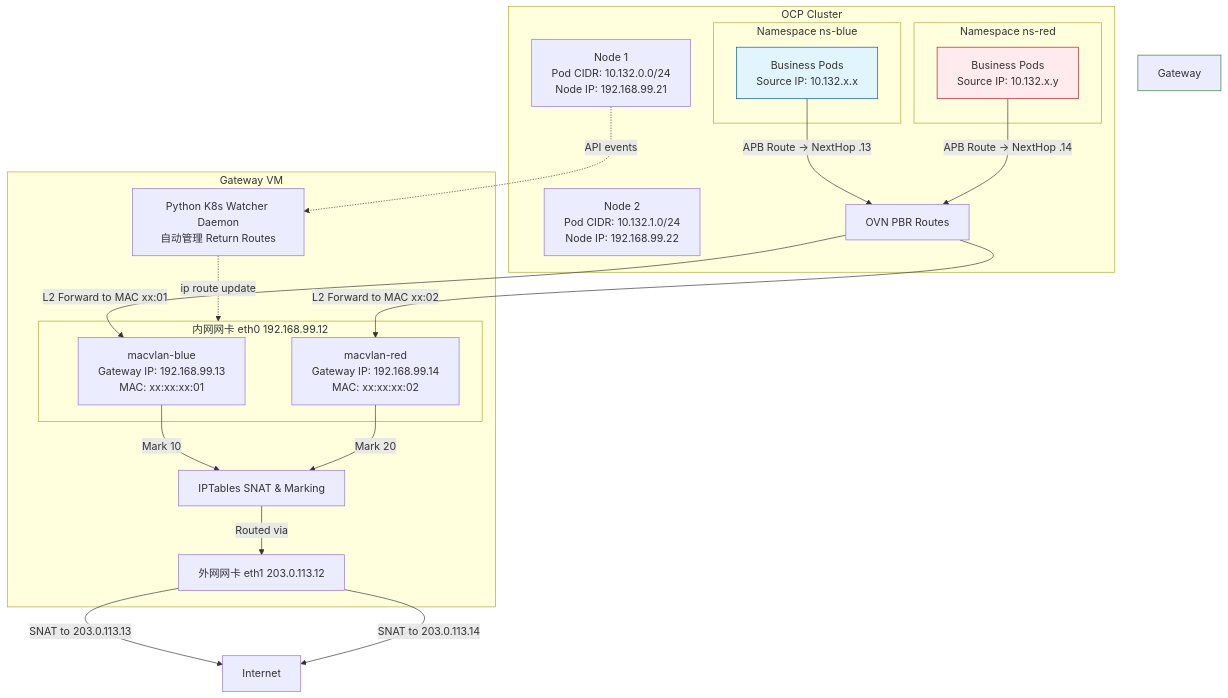
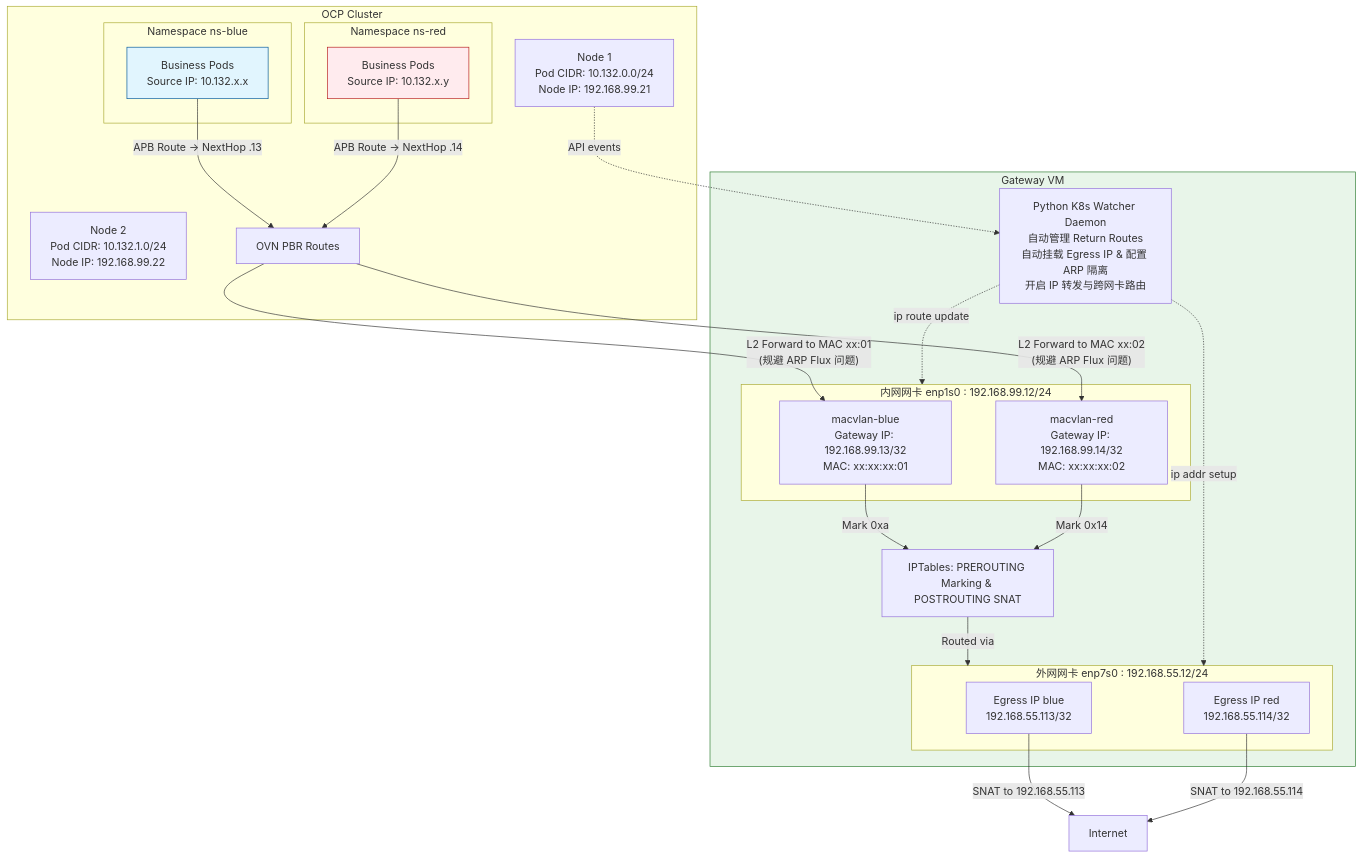
Before and after one commit to wangzheng422/docker_env: the diagram in redhat/ocp4/4.18/2026.01.ovn.egressip.vm.dev.md, drawn with Mermaid. The commit also changed other lines of this file, not shown here.

Commit message:
docs: Update OVN EgressIP VM development notes for OCP 4.18.

````diff
--- a/redhat/ocp4/4.18/2026.01.ovn.egressip.vm.dev.md
+++ b/redhat/ocp4/4.18/2026.01.ovn.egressip.vm.dev.md
@@ -23,54 +23,58 @@
 ```mermaid
 graph TD
     subgraph OCP_Cluster [OCP Cluster]
         Node1[Node 1<br/>Pod CIDR: 10.132.0.0/24<br/>Node IP: 192.168.99.21]
         Node2[Node 2<br/>Pod CIDR: 10.132.1.0/24<br/>Node IP: 192.168.99.22]
         
         subgraph ns_blue [Namespace ns-blue]
             BP_B[Business Pods<br/>Source IP: 10.132.x.x]
         end
 
         subgraph ns_red [Namespace ns-red]
             BP_R[Business Pods<br/>Source IP: 10.132.x.y]
         end
         
         Router[OVN PBR Routes]
     end
     
     subgraph External_Infrastructure [Gateway VM]
-        K8sDaemon[Python K8s Watcher Daemon<br/>自动管理 Return Routes]
+        K8sDaemon[Python K8s Watcher Daemon<br/>自动管理 Return Routes<br/>自动挂载 Egress IP & 配置 ARP 隔离<br/>开启 IP 转发与跨网卡路由]
         
-        subgraph Internal_Interface [内网网卡 eth0 192.168.99.12]
-            MAC_B[macvlan-blue<br/>Gateway IP: 192.168.99.13<br/>MAC: xx:xx:xx:01]
-            MAC_R[macvlan-red<br/>Gateway IP: 192.168.99.14<br/>MAC: xx:xx:xx:02]
+        subgraph Internal_Interface [内网网卡 enp1s0 : 192.168.99.12/24]
+            MAC_B[macvlan-blue<br/>Gateway IP: 192.168.99.13/32<br/>MAC: xx:xx:xx:01]
+            MAC_R[macvlan-red<br/>Gateway IP: 192.168.99.14/32<br/>MAC: xx:xx:xx:02]
         end
         
-        IPTables[IPTables SNAT & Marking]
+        IPTables[IPTables: PREROUTING Marking & POSTROUTING SNAT]
         
-        External_Interface[外网网卡 eth1 203.0.113.12]
+        subgraph External_Interface [外网网卡 enp7s0 : 192.168.55.12/24]
+            EIP_B[Egress IP blue<br/>192.168.55.113/32]
+            EIP_R[Egress IP red<br/>192.168.55.114/32]
+        end
         
-        MAC_B -- "Mark 10" --> IPTables
-        MAC_R -- "Mark 20" --> IPTables
+        MAC_B -- "Mark 0xa" --> IPTables
+        MAC_R -- "Mark 0x14" --> IPTables
         IPTables -- "Routed via" --> External_Interface
     end
     
     EXT[Internet]
     
     %% Traffic Flow
     BP_B -- "APB Route -> NextHop .13" --> Router
     BP_R -- "APB Route -> NextHop .14" --> Router
     
-    Router -- "L2 Forward to MAC xx:01" --> MAC_B
-    Router -- "L2 Forward to MAC xx:02" --> MAC_R
+    Router -- "L2 Forward to MAC xx:01<br/>(规避 ARP Flux 问题)" --> MAC_B
+    Router -- "L2 Forward to MAC xx:02<br/>(规避 ARP Flux 问题)" --> MAC_R
     
-    External_Interface -- "SNAT to 203.0.113.13" --> EXT
-    External_Interface -- "SNAT to 203.0.113.14" --> EXT
+    EIP_B -- "SNAT to 192.168.55.113" --> EXT
+    EIP_R -- "SNAT to 192.168.55.114" --> EXT
     
     Node1 -. "API events" .-> K8sDaemon
     K8sDaemon -. "ip route update" .-> Internal_Interface
+    K8sDaemon -. "ip addr setup" .-> External_Interface
     
     %% Styling
     style BP_B fill:#e1f5fe,stroke:#01579b
     style BP_R fill:#ffebee,stroke:#b71c1c
-    style Gateway VM fill:#e8f5e9,stroke:#2e7d32
+    style External_Infrastructure fill:#e8f5e9,stroke:#2e7d32
 ```
````
